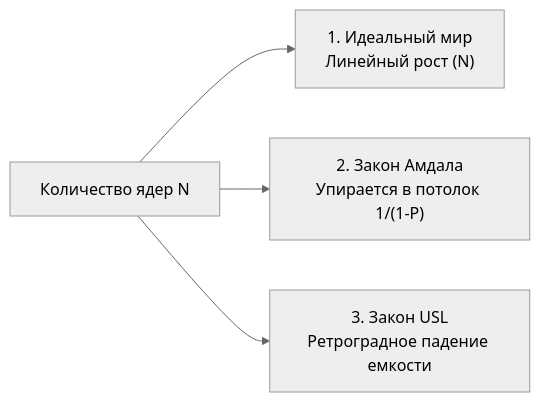
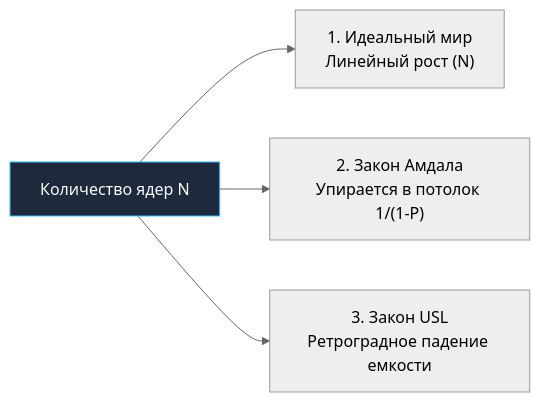
One commit to UnrealTemplier/go-textbook changed the diagram in sources/1. Архитектура компьютера/39. Почему производительность бывает нелинейной.md. Above: the diagram before and after it, drawn with Mermaid (neutral theme). The commit also changed 1666 other files, not shown here.

First line of the commit message:
feat(mermaid): add semantic color classDef to 1369 colorless flowchart/graph diagrams

````diff
--- a/sources/1. Архитектура компьютера/39. Почему производительность бывает нелинейной.md
+++ b/sources/1. Архитектура компьютера/39. Почему производительность бывает нелинейной.md
@@ -83,6 +83,16 @@
 ```mermaid
 flowchart LR
-    CORES["Количество ядер N"] --> IDEAL["1. Идеальный мир<br>Линейный рост (N)"]
+    classDef process  fill:#1e293b,stroke:#38bdf8,stroke-width:1px,color:#f8fafc
+    classDef success  fill:#064e3b,stroke:#34d399,stroke-width:1px,color:#f8fafc
+    classDef error    fill:#7f1d1d,stroke:#f87171,stroke-width:1px,color:#f8fafc
+    classDef warning  fill:#78350f,stroke:#fbbf24,stroke-width:1px,color:#f8fafc
+    classDef entry    fill:#1e3a5f,stroke:#38bdf8,stroke-width:2px,color:#f8fafc
+    classDef aux      fill:#334155,stroke:#64748b,stroke-width:1px,color:#f8fafc
+    classDef system   fill:#312e81,stroke:#a78bfa,stroke-width:1px,color:#f8fafc
+    classDef data     fill:#132d29,stroke:#2dd4bf,stroke-width:1px,color:#f8fafc
+    classDef network  fill:#881337,stroke:#fb7185,stroke-width:1px,color:#f8fafc
+    classDef accent   fill:#1e1b4b,stroke:#818cf8,stroke-width:1px,color:#f8fafc
+    CORES["Количество ядер N"]:::process --> IDEAL["1. Идеальный мир<br>Линейный рост (N)"]
     CORES --> AMDAHL["2. Закон Амдала<br>Упирается в потолок 1/(1-P)"]
     CORES --> USL["3. Закон USL<br>Ретроградное падение емкости"]
 ```
````
